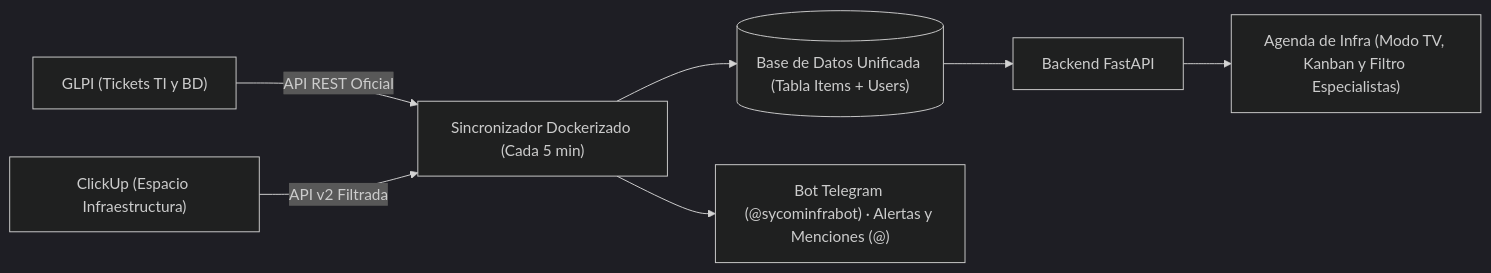
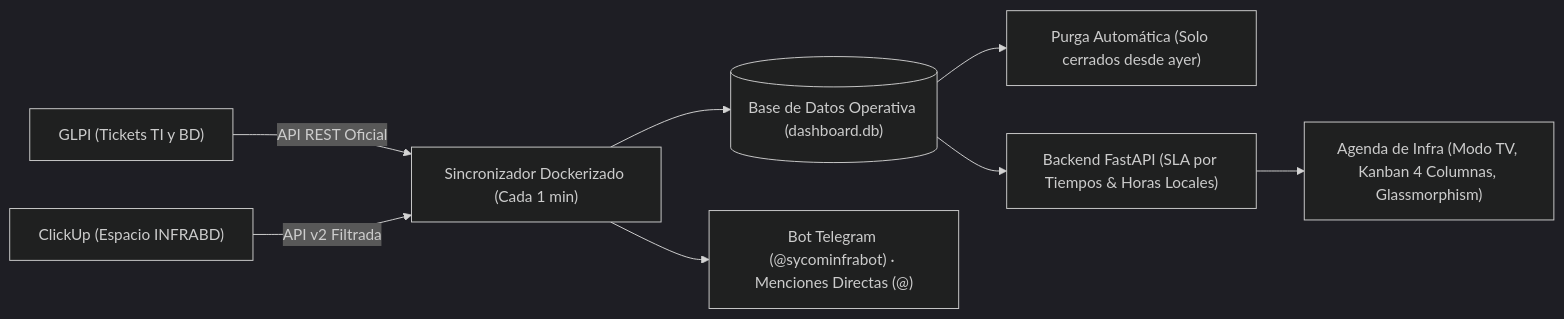
The diagram in PROPUESTA_MEJORAS_FASE2.md (JuanFZ/infra-agenda), drawn with Mermaid (dark theme) before and after one commit. The commit also changed other lines of this file, not shown here.

Commit message:
docs: actualizar propuesta estrategica con las 7 mejoras cubiertas y siguiente prioridad de SLA habil

````diff
--- a/PROPUESTA_MEJORAS_FASE2.md
+++ b/PROPUESTA_MEJORAS_FASE2.md
@@ -14,9 +14,10 @@
 ```mermaid
 flowchart LR
-    GLPI["GLPI (Tickets TI y BD)"] -->|API REST Oficial| SYNC["Sincronizador Dockerizado (Cada 5 min)"]
-    CU["ClickUp (Espacio Infraestructura)"] -->|API v2 Filtrada| SYNC
-    SYNC --> DB[("Base de Datos Unificada (Tabla Items + Users)")]
-    DB --> API["Backend FastAPI"]
-    API --> WEB["Agenda de Infra (Modo TV, Kanban y Filtro Especialistas)"]
-    SYNC --> TG["Bot Telegram (@sycominfrabot) · Alertas y Menciones (@)"]
+    GLPI["GLPI (Tickets TI y BD)"] -->|API REST Oficial| SYNC["Sincronizador Dockerizado (Cada 1 min)"]
+    CU["ClickUp (Espacio INFRABD)"] -->|API v2 Filtrada| SYNC
+    SYNC --> DB[("Base de Datos Operativa (dashboard.db)")]
+    DB --> PURGE["Purga Automática (Solo cerrados desde ayer)"]
+    DB --> API["Backend FastAPI (SLA por Tiempos & Horas Locales)"]
+    API --> WEB["Agenda de Infra (Modo TV, Kanban 4 Columnas, Glassmorphism)"]
+    SYNC --> TG["Bot Telegram (@sycominfrabot) · Menciones Directas (@)"]
 ```
````
